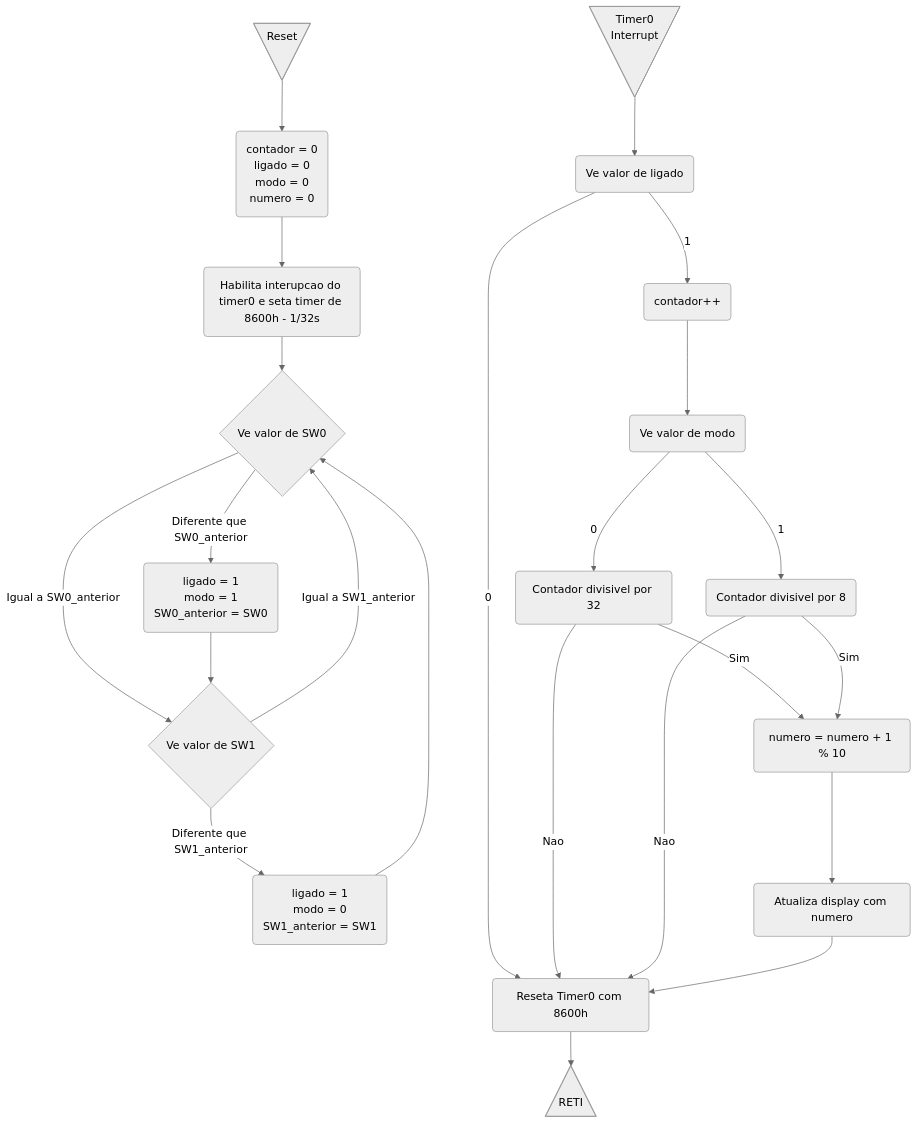
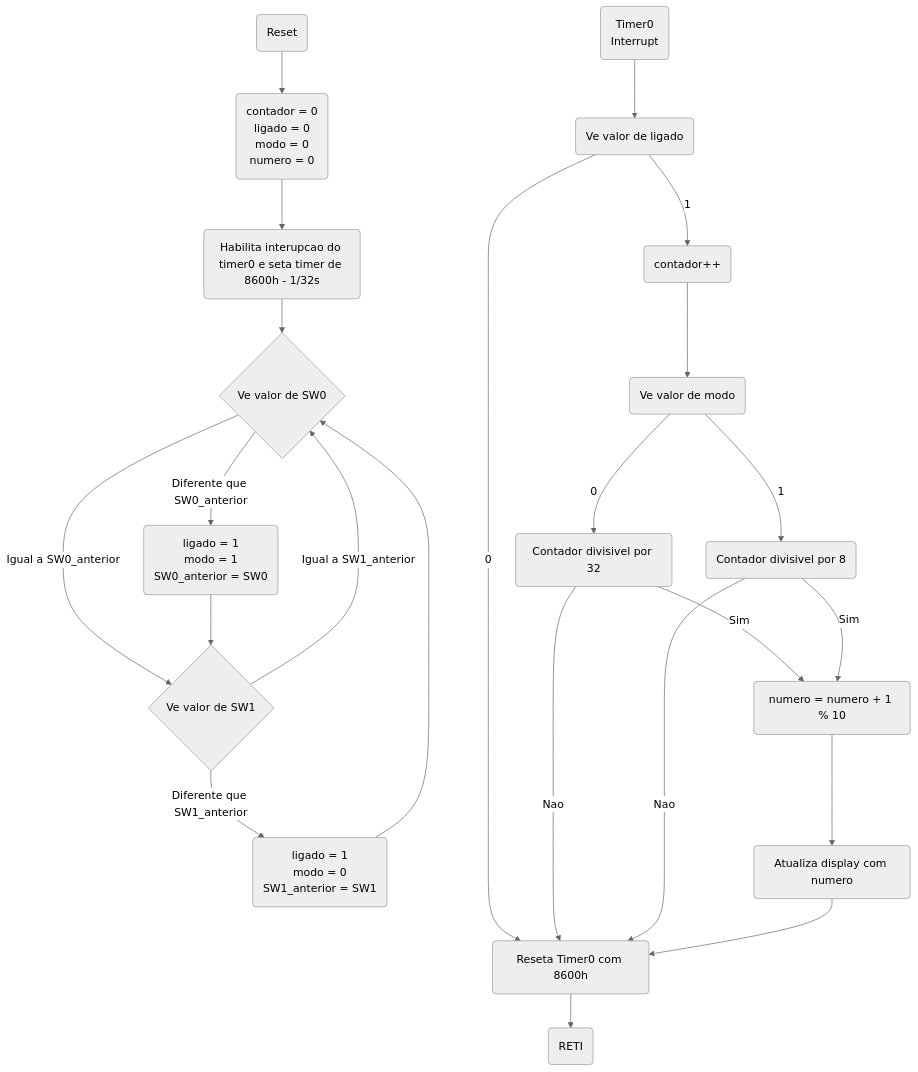
The diagram in microprocessors/project-1/readme.md (loco-choco/embedded-systems-and-microprocessor-classes), drawn with Mermaid (neutral theme) before and after one commit. The commit also changed other lines of this file, not shown here.

````diff
--- a/microprocessors/project-1/readme.md
+++ b/microprocessors/project-1/readme.md
@@ -9,33 +9,33 @@
 ``` mermaid
 flowchart TD
-    A@{ shape: flip-tri, label: "Reset" } --> B("contador = 0
+    A(Reset) --> B("contador = 0
     ligado = 0
     modo = 0
     numero = 0")
     B --> C(Habilita interupcao do timer0 e seta timer de 8600h - 1/32s)
     C -->SW0{Ve valor de SW0}
     SW0 -->|Igual a SW0_anterior|SW1
     SW0 -->|Diferente que SW0_anterior|ToggleRapido("ligado = 1
     modo = 1
     SW0_anterior = SW0")
     ToggleRapido --> SW1{Ve valor de SW1}
     SW1 -->|Igual a SW1_anterior|SW0
     SW1 -->|Diferente que SW1_anterior|ToggleLento("ligado = 1
     modo = 0
     SW1_anterior = SW1")
     ToggleLento --> SW0
-    Interrupt@{ shape: flip-tri, label: "Timer0
-    Interrupt" } --> Ligado("Ve valor de ligado")
+    Interrupt("Timer0
+    Interrupt") --> Ligado("Ve valor de ligado")
     Ligado --> |1|Contador(contador++)
     Ligado --> |0|ResetTimer
     Contador --> Modo(Ve valor de modo)
     Modo --> |0|Lento(Contador divisivel por 32)
     Modo --> |1|Rapido(Contador divisivel por 8)
     Lento --> |Nao|ResetTimer
     Rapido --> |Nao|ResetTimer 
     Lento --> |Sim|Numero(numero = numero + 1 % 10)
     Rapido --> |Sim|Numero
     Numero --> Atualiza(Atualiza display com numero)
     Atualiza --> ResetTimer(Reseta Timer0 com 8600h)
-    ResetTimer --> RTI@{ shape: tri, label: "RETI" }
+    ResetTimer --> RETI(RETI)
 ```
````
